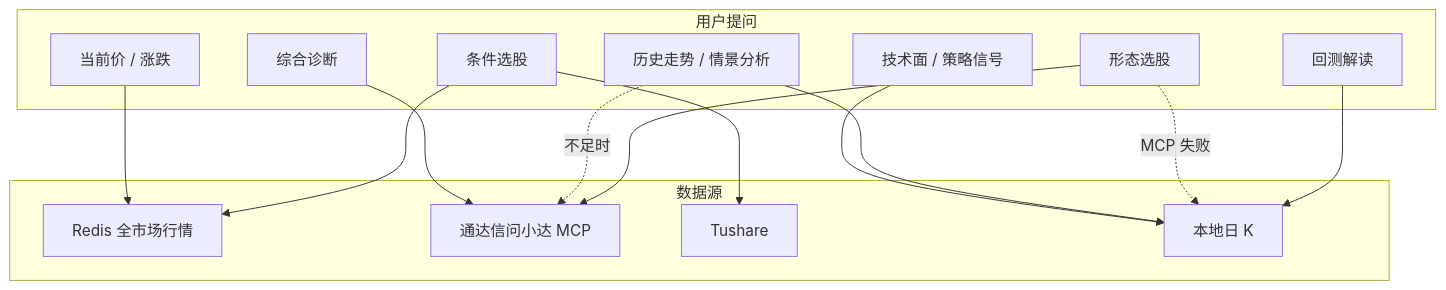
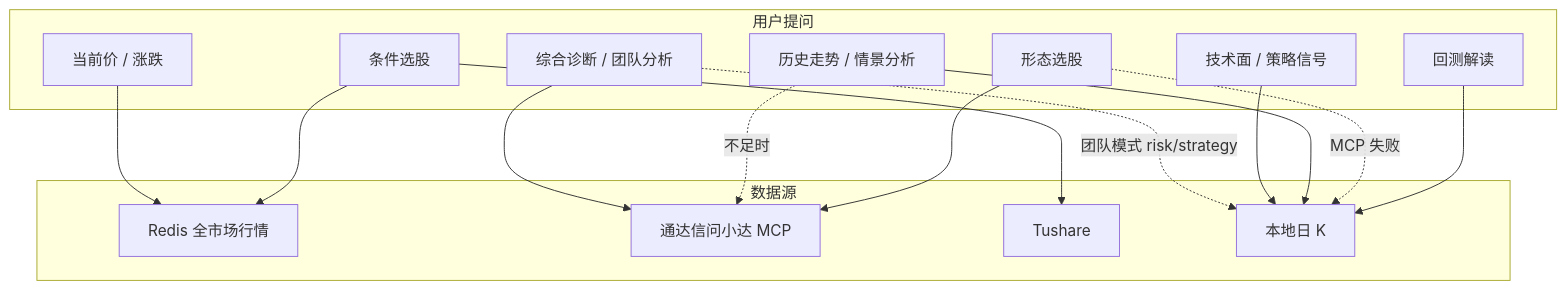
One commit to xiezg247/zak changed the diagram in docs/ai-kline-data.md. Above: the diagram before and after it, drawn with Mermaid. The commit also changed other lines of this file and 89 other files, not shown here.

````diff
--- a/docs/ai-kline-data.md
+++ b/docs/ai-kline-data.md
@@ -20,30 +20,31 @@
 ```mermaid
 flowchart TB
     subgraph User["用户提问"]
         Q1[当前价 / 涨跌]
-        Q2[综合诊断]
+        Q2[综合诊断 / 团队分析]
         Q3[条件选股]
         Q4[技术面 / 策略信号]
         Q5[历史走势 / 情景分析]
         Q6[形态选股]
         Q7[回测解读]
     end
 
     subgraph Sources["数据源"]
         Redis[Redis 全市场行情]
         MCP[通达信问小达 MCP]
         Tushare[Tushare]
         LocalK[本地日 K]
     end
 
     Q1 --> Redis
     Q2 --> MCP
+    Q2 -.->|团队模式 risk/strategy| LocalK
     Q3 --> Redis
     Q3 --> Tushare
     Q4 --> LocalK
     Q5 --> LocalK
     Q5 -.->|不足时| MCP
     Q6 --> MCP
     Q6 -.->|MCP 失败| LocalK
     Q7 --> LocalK
 ```
````
